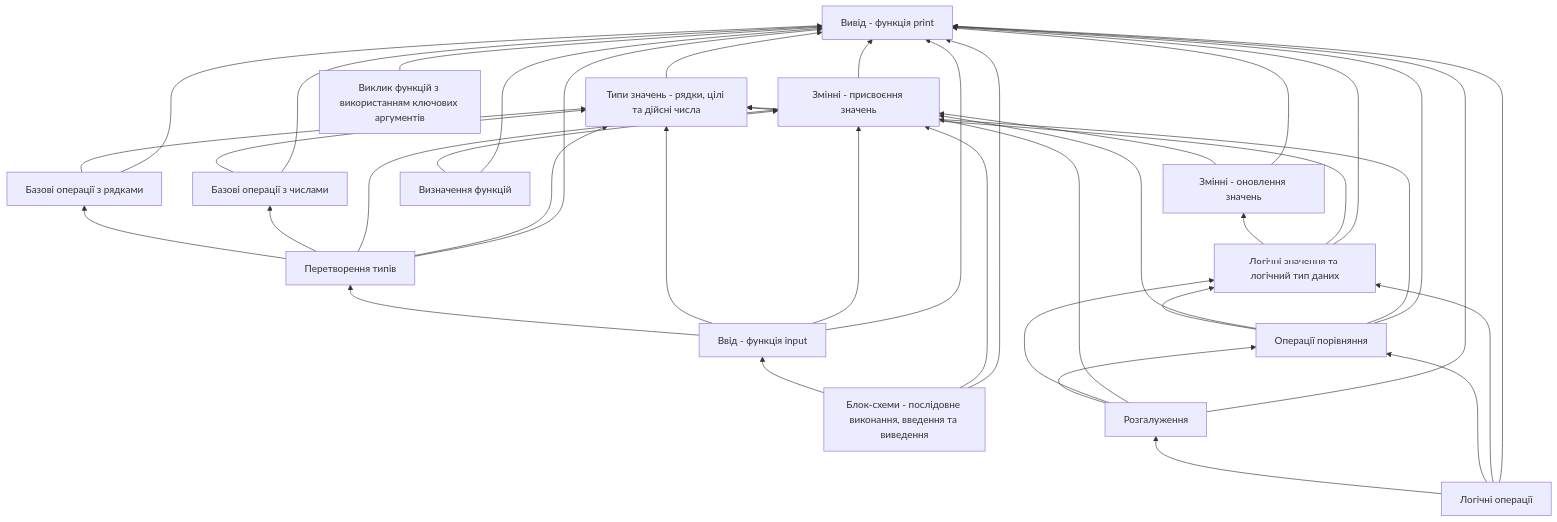
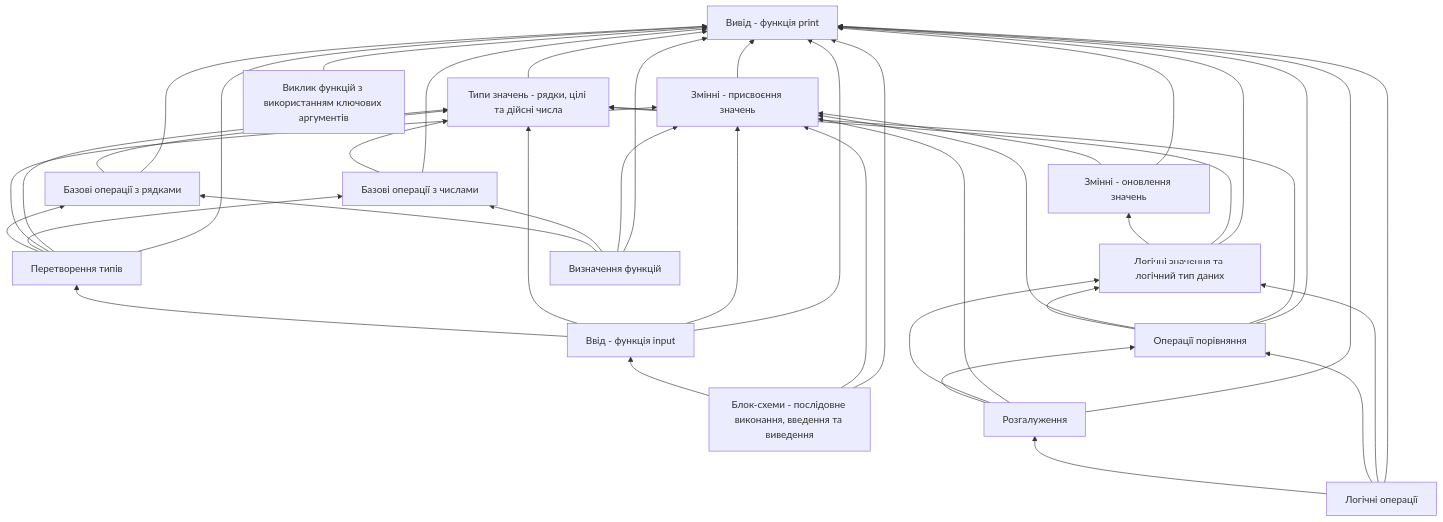
The diagram in Залежності.md (EugeneLoy/nauklit-python-8), drawn with Mermaid before and after one commit. The commit also changed 1 other file, not shown here.

Commit message:
fixes, updated deps

````diff
--- a/Залежності.md
+++ b/Залежності.md
@@ -5,57 +5,59 @@
 ```mermaid
 graph BT
     A["Вивід - функція print"] 
     B["Типи значень - рядки, цілі та дійсні числа"]
     C["Змінні - присвоєння значень"]
     D["Змінні - оновлення значень"]
     E["Базові операції з числами"]
     F["Базові операції з рядками"]
     G["Перетворення типів"]
     H["Ввід - функція input"]
     I["Блок-схеми - послідовне виконання, введення та виведення"]
     J["Логічні значення та логічний тип даних"]
     K["Операції порівняння"]
     L["Логічні операції"]
     M["Розгалуження"]
     N["Виклик функцій з використанням ключових аргументів"]
     O["Визначення функцій"]
     
     B --> A
     C --> A
     D --> A
     D --> C
     E --> A
     E --> B
     F --> A
     F --> B
     G --> A
     G --> B
     G --> C
     G --> E
     G --> F
     H --> A
     H --> C
     H --> B
     H --> G
     I --> A
     I --> C
     I --> H
     J --> A
     J --> B
     J --> D
     K --> A
     K --> B
     K --> C
     K --> J
     L --> A
     L --> J
     L --> K
     L --> M
     M --> A
     M --> C
     M --> J
     M --> K
     N --> A
     O --> A
     O --> C
+    O --> E
+    O --> F
 ```
````
